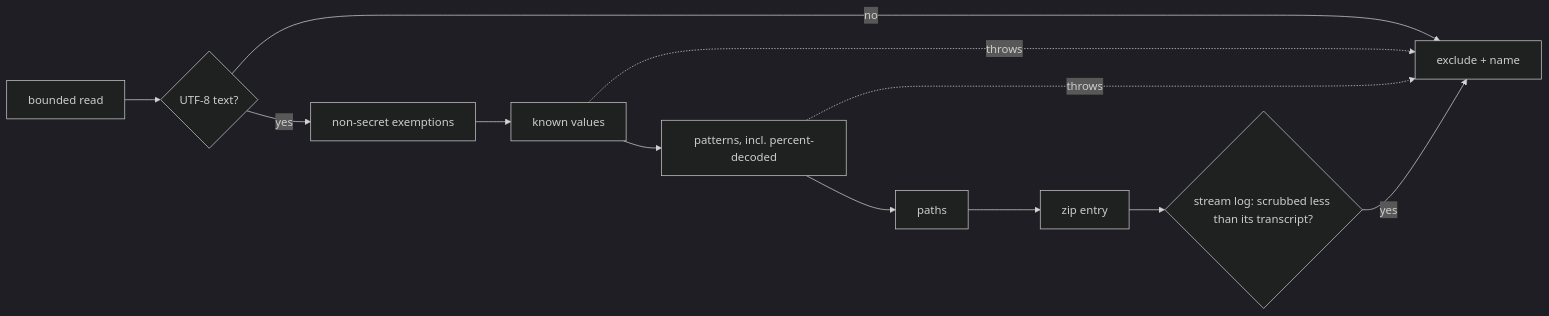
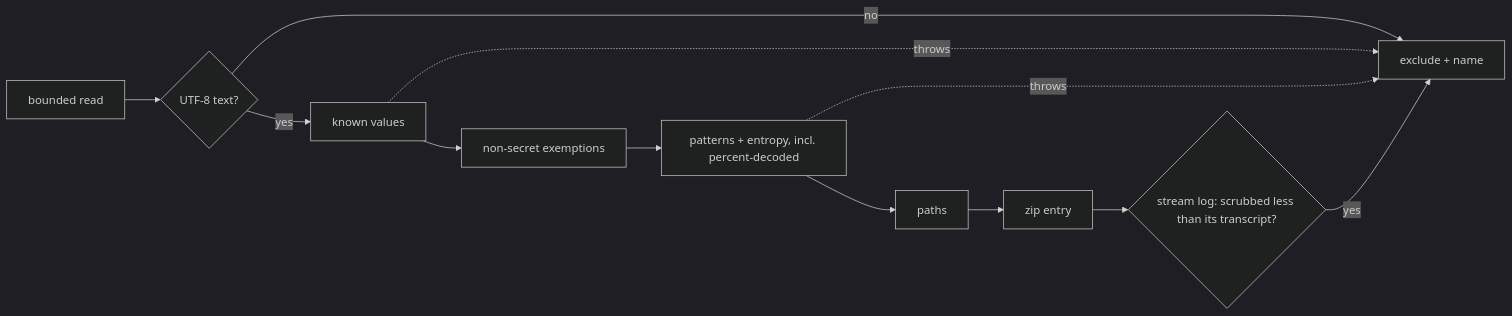
The diagram in docs/plans/799-run-bundle.charter.md (Servant-Software-LLC/Guardrails), drawn with Mermaid (dark theme) before and after one commit. The commit also changed other lines of this file, not shown here.

````diff
--- a/docs/plans/799-run-bundle.charter.md
+++ b/docs/plans/799-run-bundle.charter.md
@@ -150,10 +155,10 @@
 ```mermaid
 graph LR
   R[bounded read] --> T{UTF-8 text?}
   T -- no --> X[exclude + name]
-  T -- yes --> E[non-secret exemptions] --> K[known values] --> P[patterns, incl. percent-decoded] --> A[paths] --> Z[zip entry]
+  T -- yes --> K[known values] --> E[non-secret exemptions] --> P[patterns + entropy, incl. percent-decoded] --> A[paths] --> Z[zip entry]
   K -. throws .-> X
   P -. throws .-> X
   Z --> V{stream log: scrubbed less than its transcript?}
   V -- yes --> X
 ```
````
